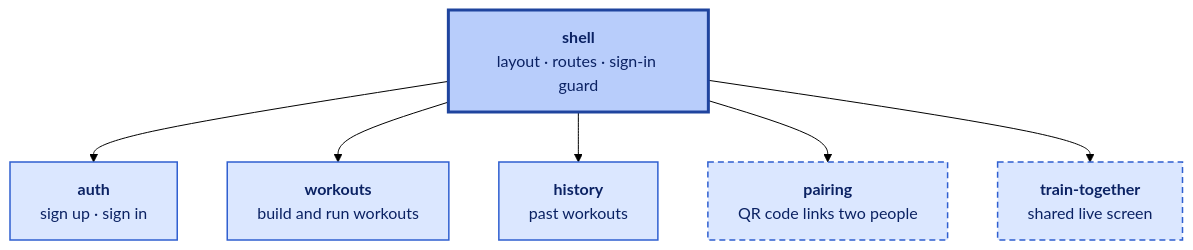
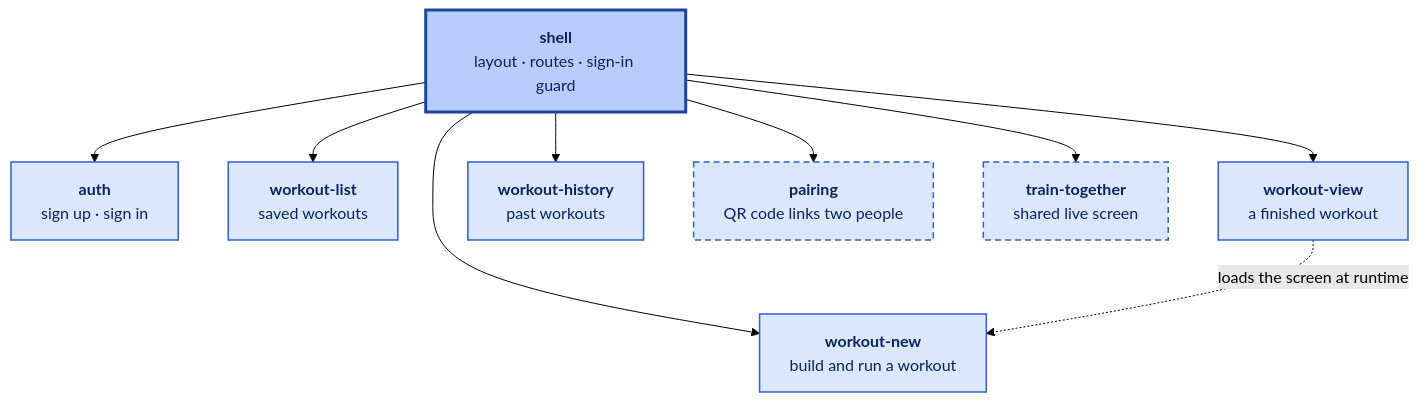
One commit to abnersn/WorkoutTracker changed the second of 3 diagrams in README.md. Above: the diagram before and after it, drawn with Mermaid (forest theme). The commit also changed other lines of this file and 115 other files, not shown here.

````diff
--- a/README.md
+++ b/README.md
@@ -42,16 +42,19 @@
 ```mermaid
 flowchart TB
   shell["<b>shell</b><br/>layout · routes · sign-in guard"]
   shell --> auth["<b>auth</b><br/>sign up · sign in"]
-  shell --> workouts["<b>workouts</b><br/>build and run workouts"]
-  shell --> history["<b>history</b><br/>past workouts"]
+  shell --> list["<b>workout-list</b><br/>saved workouts"]
+  shell --> new["<b>workout-new</b><br/>build and run a workout"]
+  shell --> view["<b>workout-view</b><br/>a finished workout"]
+  shell --> history["<b>workout-history</b><br/>past workouts"]
+  view -.->|"loads the screen at runtime"| new
   shell --> pairing["<b>pairing</b><br/>QR code links two people"]
   shell --> together["<b>train-together</b><br/>shared live screen"]
 
   classDef host fill:#b8cdfb,stroke:#1f449e,stroke-width:3px,color:#0b2263
   classDef front fill:#dbe7ff,stroke:#2f5fd0,stroke-width:1.5px,color:#0b2263
   classDef bonus fill:#dbe7ff,stroke:#2f5fd0,stroke-width:1.5px,stroke-dasharray:6 4,color:#0b2263
   class shell host
-  class auth,workouts,history front
+  class auth,list,new,view,history front
   class pairing,together bonus
 ```
````
